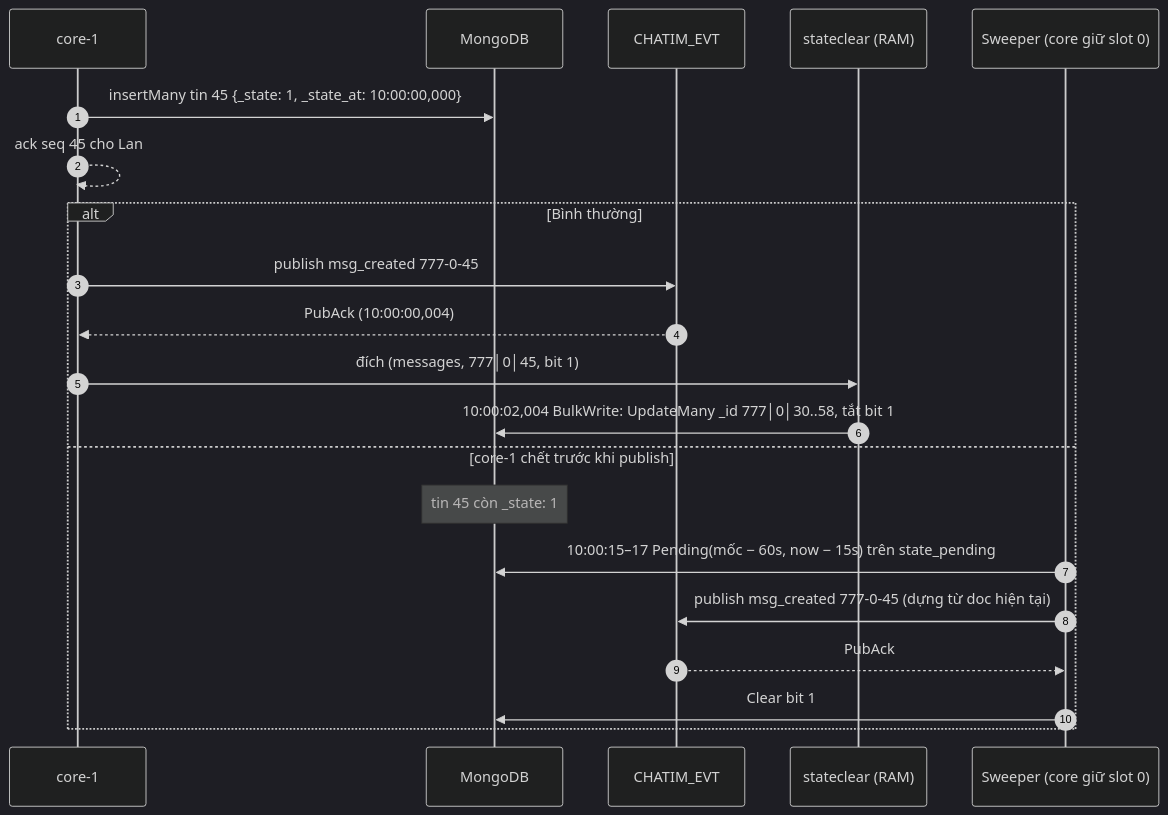
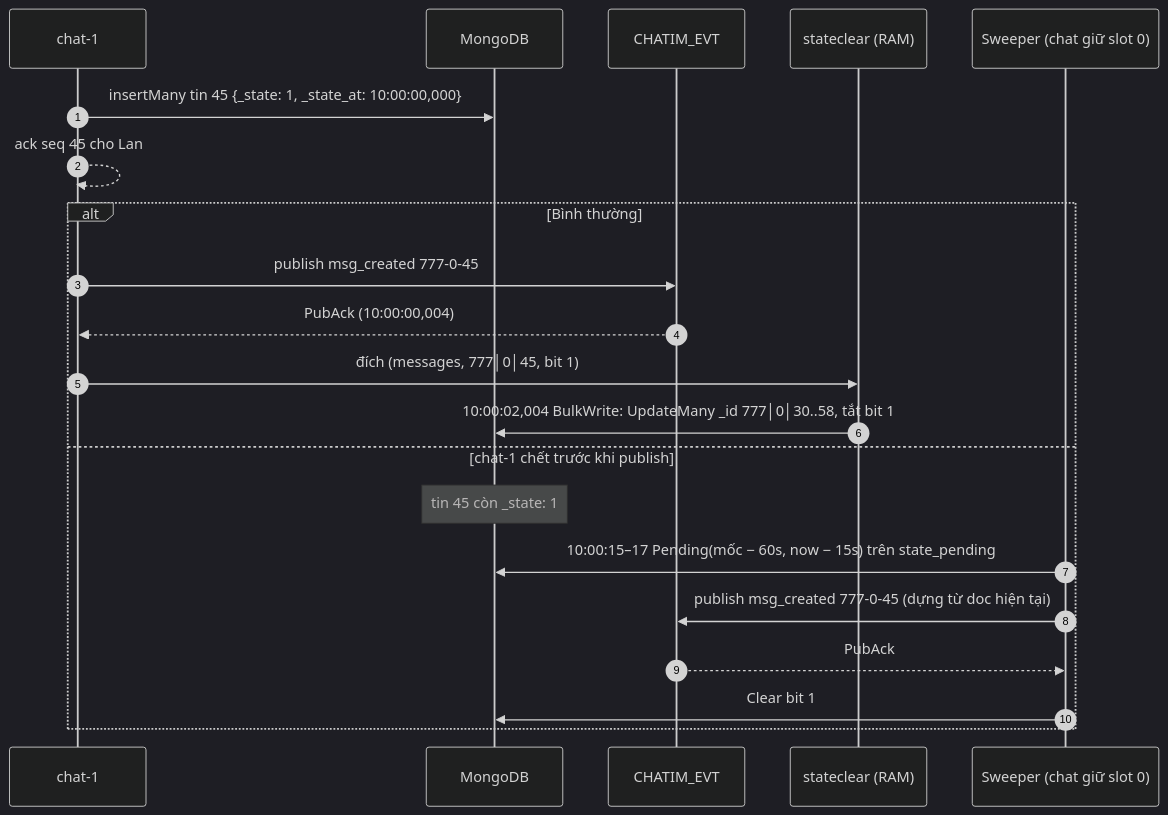
Before and after one commit to ivannguyendev/chatim: the second of 2 diagrams in docs/modules/10-feature-data-reconciliation-and-repair.md, drawn with Mermaid (dark theme). The commit also changed other lines of this file and 332 other files, not shown here.

````diff
--- a/docs/modules/10-feature-data-reconciliation-and-repair.md
+++ b/docs/modules/10-feature-data-reconciliation-and-repair.md
@@ -57,24 +57,24 @@
 ```mermaid
 sequenceDiagram
     autonumber
-    participant Core as core-1
+    participant Chat as chat-1
     participant Mongo as MongoDB
     participant NATS as CHATIM_EVT
     participant Clear as stateclear (RAM)
-    participant Sweep as Sweeper (core giữ slot 0)
+    participant Sweep as Sweeper (chat giữ slot 0)
 
-    Core->>Mongo: insertMany tin 45 {_state: 1, _state_at: 10:00:00,000}
-    Core-->>Core: ack seq 45 cho Lan
+    Chat->>Mongo: insertMany tin 45 {_state: 1, _state_at: 10:00:00,000}
+    Chat-->>Chat: ack seq 45 cho Lan
     alt Bình thường
-        Core->>NATS: publish msg_created 777-0-45
-        NATS-->>Core: PubAck (10:00:00,004)
-        Core->>Clear: đích (messages, 777│0│45, bit 1)
+        Chat->>NATS: publish msg_created 777-0-45
+        NATS-->>Chat: PubAck (10:00:00,004)
+        Chat->>Clear: đích (messages, 777│0│45, bit 1)
         Clear->>Mongo: 10:00:02,004 BulkWrite: UpdateMany _id 777│0│30..58, tắt bit 1
-    else core-1 chết trước khi publish
+    else chat-1 chết trước khi publish
         Note over Mongo: tin 45 còn _state: 1
         Sweep->>Mongo: 10:00:15–17 Pending(mốc − 60s, now − 15s) trên state_pending
         Sweep->>NATS: publish msg_created 777-0-45 (dựng từ doc hiện tại)
         NATS-->>Sweep: PubAck
         Sweep->>Mongo: Clear bit 1
     end
 ```
````
